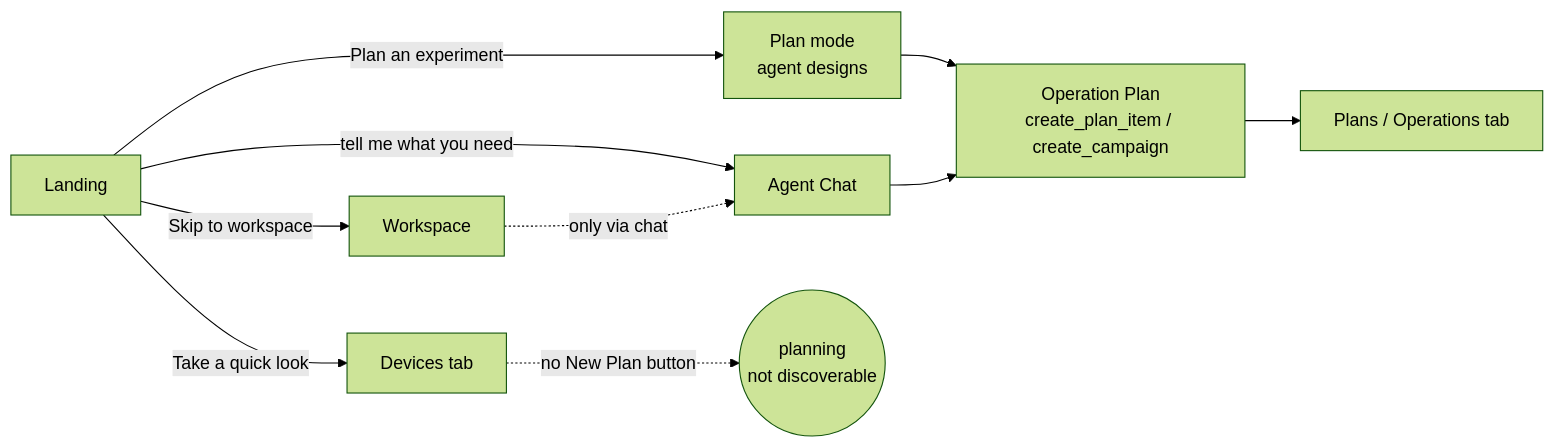
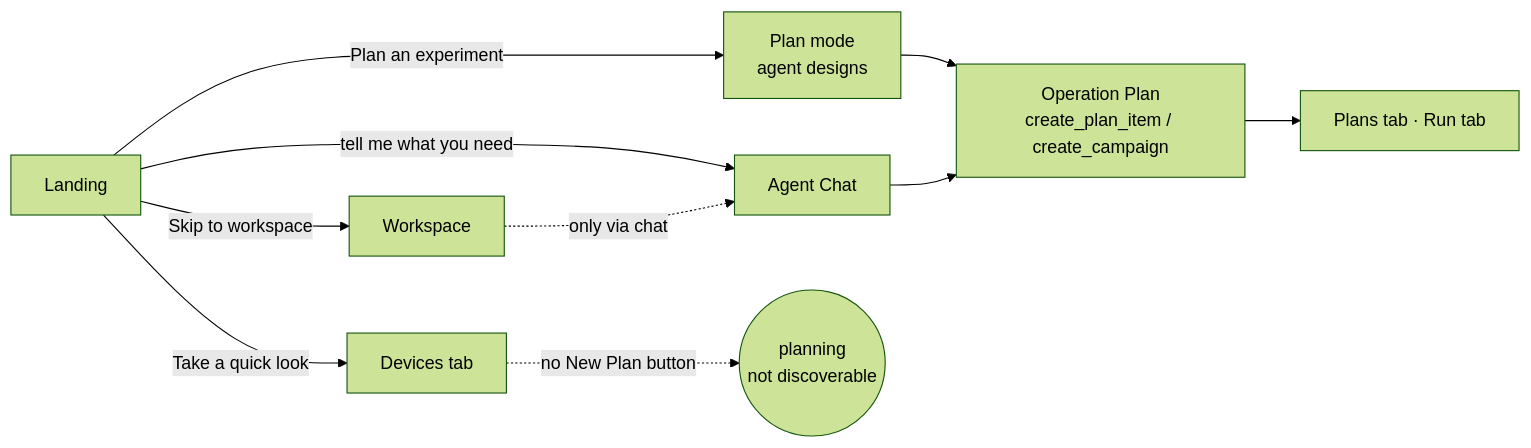
Before and after one commit to gently-project/gently: the diagram in docs/user-stories/README.md, drawn with Mermaid (forest theme). The commit also changed other lines of this file and 55 other files, not shown here.

````diff
--- a/docs/user-stories/README.md
+++ b/docs/user-stories/README.md
@@ -21,12 +21,12 @@
 ```mermaid
 flowchart LR
   L[Landing] -->|Plan an experiment| PM[Plan mode<br/>agent designs]
   L -->|Take a quick look| DV[Devices tab]
   L -->|Skip to workspace| WS[Workspace]
   L -->|tell me what you need| CH[Agent Chat]
   PM --> OP[Operation Plan<br/>create_plan_item / create_campaign]
   CH --> OP
   DV -.->|no New Plan button| GAP((planning<br/>not discoverable))
   WS -.->|only via chat| CH
-  OP --> PT[Plans / Operations tab]
+  OP --> PT[Plans tab · Run tab]
 ```
````
